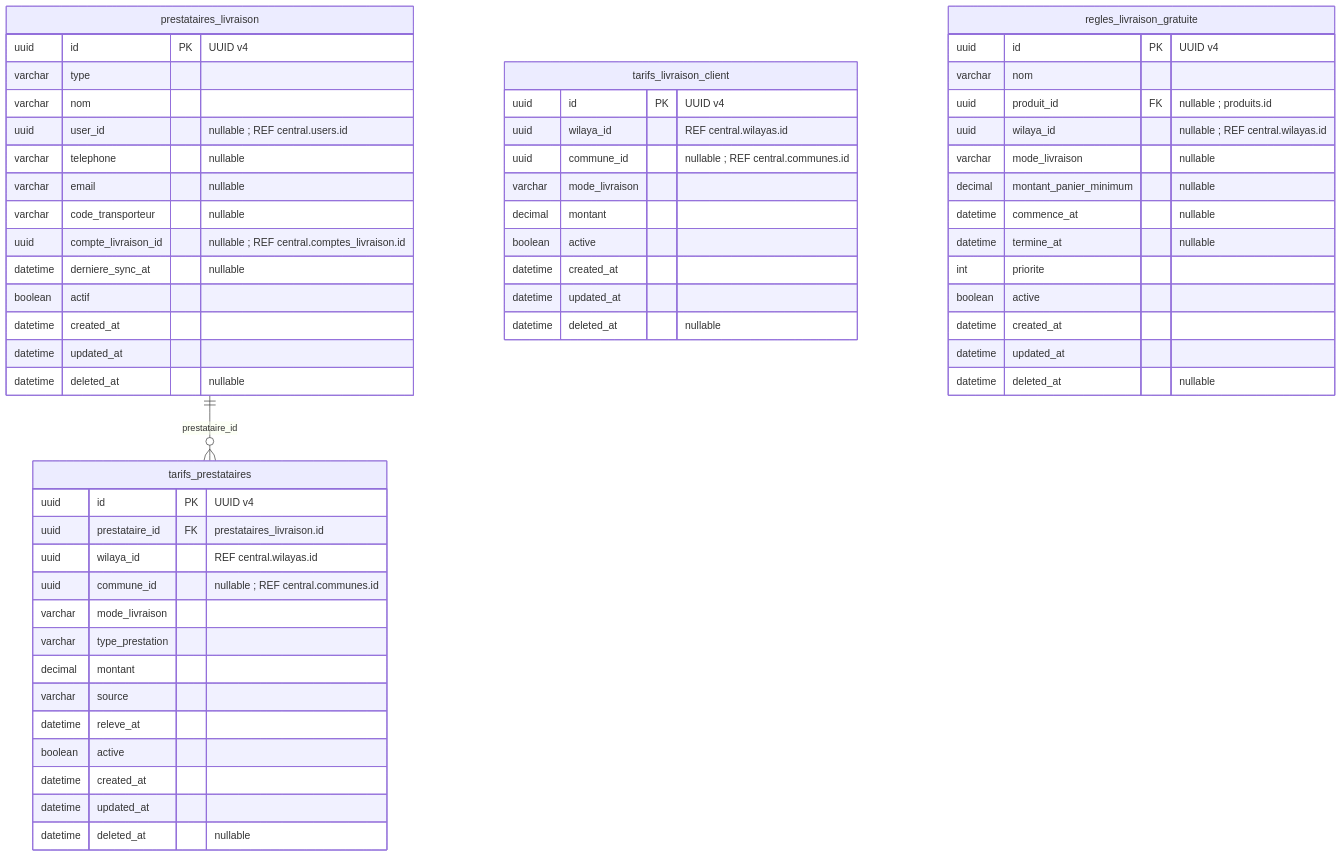
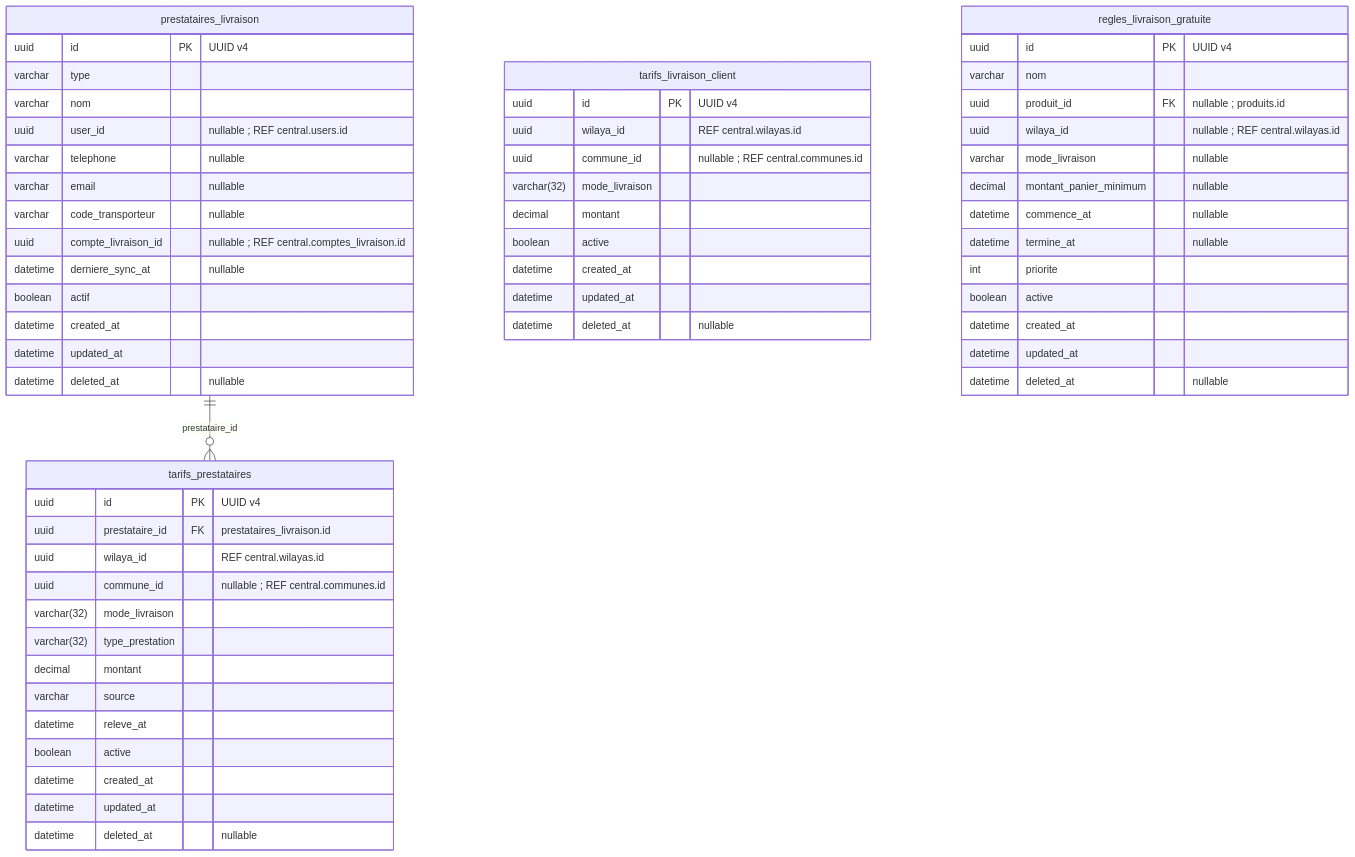
One commit to unitealfa/saas-ecom changed diagram 24 of 36 in Schema-BDD-SaaS-Ecommerce-UUID.md. Above: the diagram before and after it, drawn with Mermaid. The commit also changed other lines of this file, not shown here.

````diff
--- a/Schema-BDD-SaaS-Ecommerce-UUID.md
+++ b/Schema-BDD-SaaS-Ecommerce-UUID.md
@@ -1442,61 +1855,61 @@
 ```mermaid
 erDiagram
     direction TB
     prestataires_livraison {
         uuid id PK "UUID v4"
         varchar type
         varchar nom
         uuid user_id "nullable ; REF central.users.id"
         varchar telephone "nullable"
         varchar email "nullable"
         varchar code_transporteur "nullable"
         uuid compte_livraison_id "nullable ; REF central.comptes_livraison.id"
         datetime derniere_sync_at "nullable"
         boolean actif
         datetime created_at
         datetime updated_at
         datetime deleted_at "nullable"
     }
     tarifs_livraison_client {
         uuid id PK "UUID v4"
         uuid wilaya_id "REF central.wilayas.id"
         uuid commune_id "nullable ; REF central.communes.id"
-        varchar mode_livraison
+        varchar(32) mode_livraison
         decimal montant
         boolean active
         datetime created_at
         datetime updated_at
         datetime deleted_at "nullable"
     }
     tarifs_prestataires {
         uuid id PK "UUID v4"
         uuid prestataire_id FK "prestataires_livraison.id"
         uuid wilaya_id "REF central.wilayas.id"
         uuid commune_id "nullable ; REF central.communes.id"
-        varchar mode_livraison
-        varchar type_prestation
+        varchar(32) mode_livraison
+        varchar(32) type_prestation
         decimal montant
         varchar source
         datetime releve_at
         boolean active
         datetime created_at
         datetime updated_at
         datetime deleted_at "nullable"
     }
     regles_livraison_gratuite {
         uuid id PK "UUID v4"
         varchar nom
         uuid produit_id FK "nullable ; produits.id"
         uuid wilaya_id "nullable ; REF central.wilayas.id"
         varchar mode_livraison "nullable"
         decimal montant_panier_minimum "nullable"
         datetime commence_at "nullable"
         datetime termine_at "nullable"
         int priorite
         boolean active
         datetime created_at
         datetime updated_at
         datetime deleted_at "nullable"
     }
     prestataires_livraison ||--o{ tarifs_prestataires : prestataire_id
 ```
````
